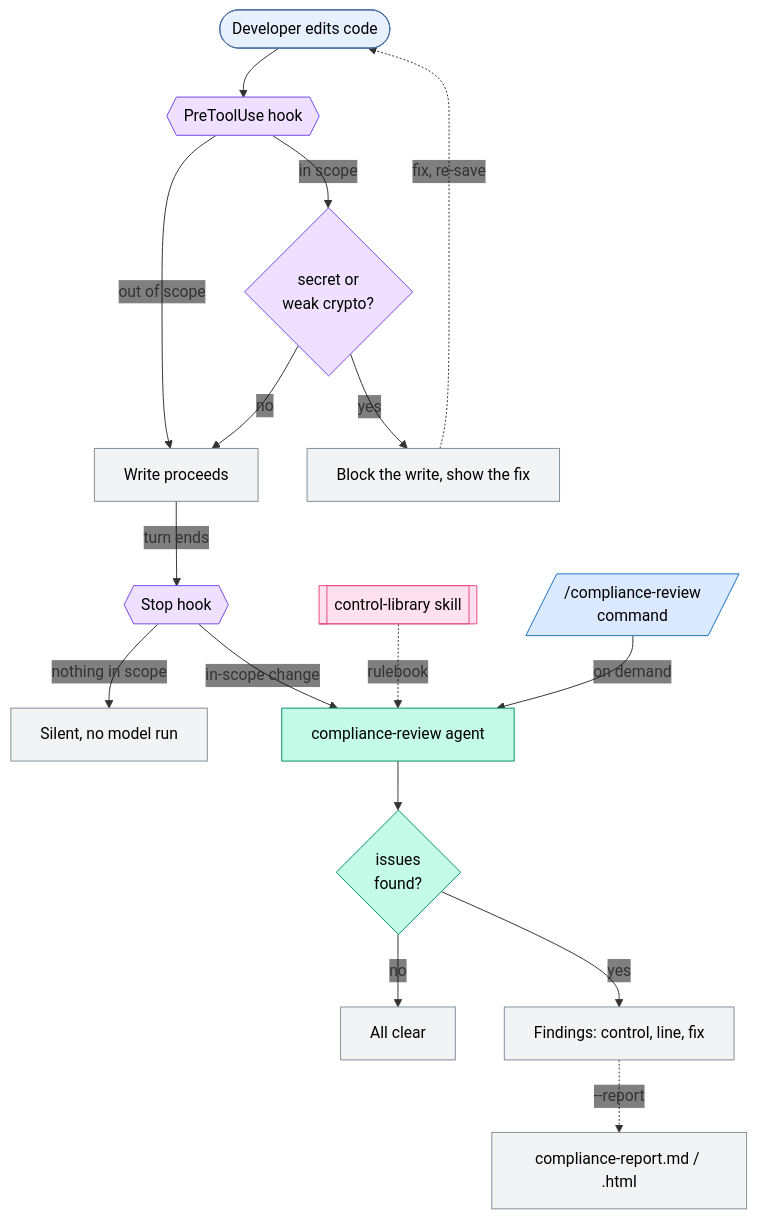
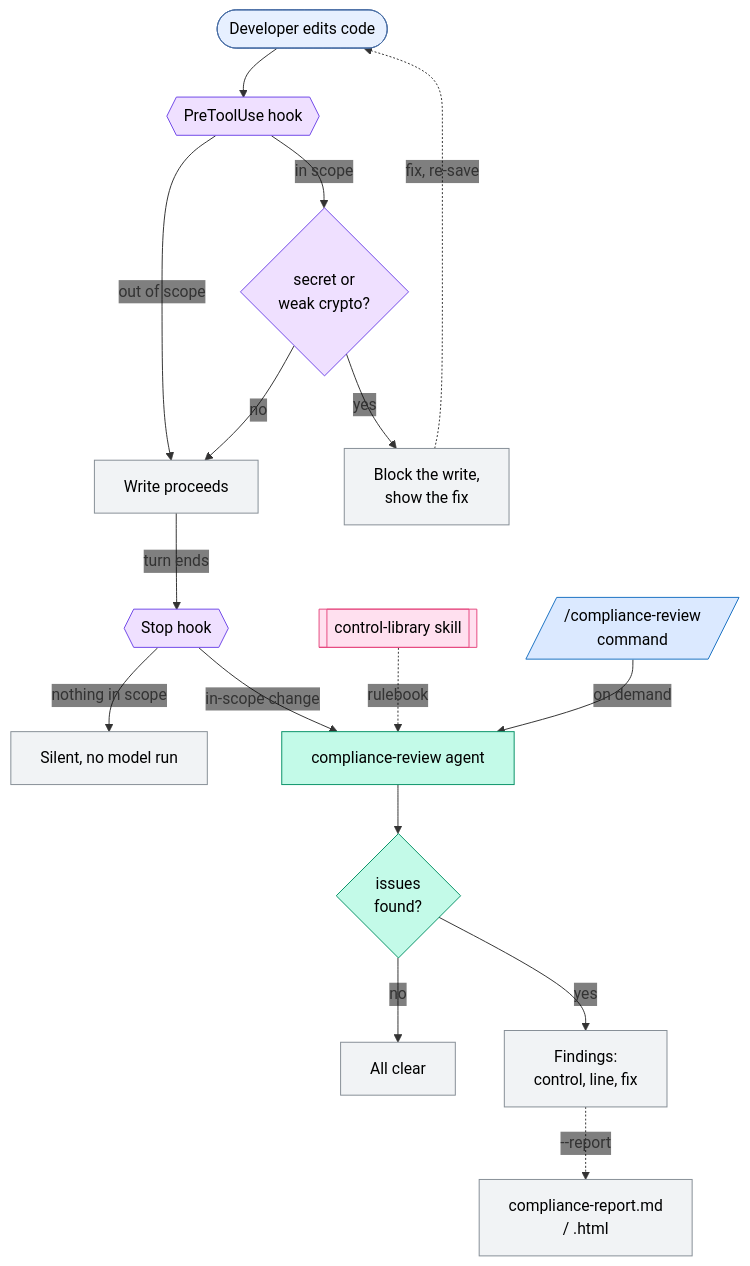
One commit to Juantomasgomez7/compliance-support changed the second of 2 diagrams in README.md. Above: the diagram before and after it, drawn with Mermaid.

Commit message:
docs: wrap long node labels so they stop clipping
Two-line the widest boxes (block, findings, report) so their text fits
inside the node instead of overflowing the right edge.

````diff
--- a/README.md
+++ b/README.md
@@ -50,33 +50,33 @@
 ```mermaid
 %%{init: {'themeVariables': {'edgeLabelBackground': 'transparent'}}}%%
 flowchart TD
     classDef human fill:#e7f0ff,stroke:#4a6fa5,color:#000000
     classDef hook fill:#efe0ff,stroke:#7048e8,color:#000000
     classDef agent fill:#c3fae8,stroke:#099268,color:#000000
     classDef skill fill:#ffe0ef,stroke:#e64980,color:#000000
     classDef command fill:#dbe9ff,stroke:#1971c2,color:#000000
     classDef state fill:#f1f3f5,stroke:#868e96,color:#000000
 
     DEV([Developer edits code]) --> H1{{"PreToolUse hook"}}
     H1 -->|"out of scope"| SAVE["Write proceeds"]
     H1 -->|"in scope"| VIOL{"secret or<br/>weak crypto?"}
     VIOL -->|"no"| SAVE
-    VIOL -->|"yes"| BLOCK["Block the write, show the fix"]
+    VIOL -->|"yes"| BLOCK["Block the write,<br/>show the fix"]
     BLOCK -.->|"fix, re-save"| DEV
     SAVE -->|"turn ends"| H2{{"Stop hook"}}
     H2 -->|"nothing in scope"| SILENT["Silent, no model run"]
     H2 -->|"in-scope change"| AGENT["compliance-review agent"]
     SKILL[["control-library skill"]] -.->|"rulebook"| AGENT
     CMD[/"/compliance-review<br/>command"/] -->|"on demand"| AGENT
     AGENT --> REVIEW{"issues<br/>found?"}
     REVIEW -->|"no"| CLEAN["All clear"]
-    REVIEW -->|"yes"| OUT["Findings: control, line, fix"]
-    OUT -.->|"--report"| REPORT["compliance-report.md / .html"]
+    REVIEW -->|"yes"| OUT["Findings:<br/>control, line, fix"]
+    OUT -.->|"--report"| REPORT["compliance-report.md<br/>/ .html"]
 
     class DEV human
     class H1,H2,VIOL hook
     class AGENT,REVIEW agent
     class SKILL skill
     class CMD command
     class BLOCK,SAVE,SILENT,OUT,CLEAN,REPORT state
 ```
````
